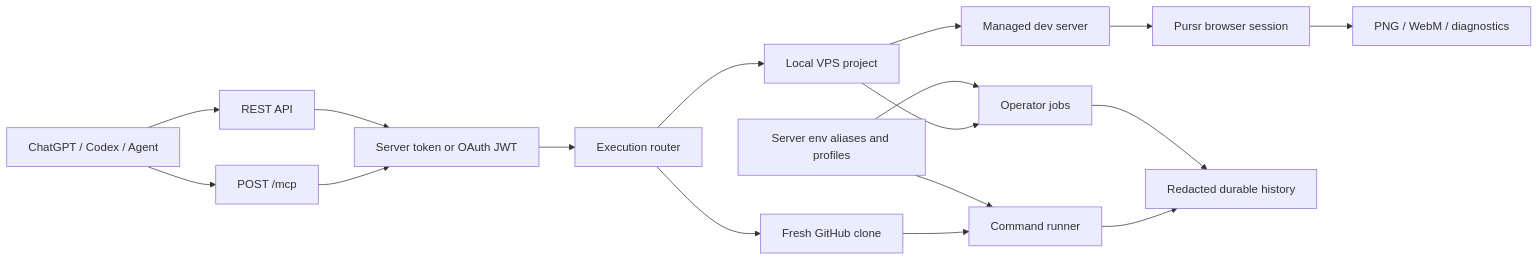
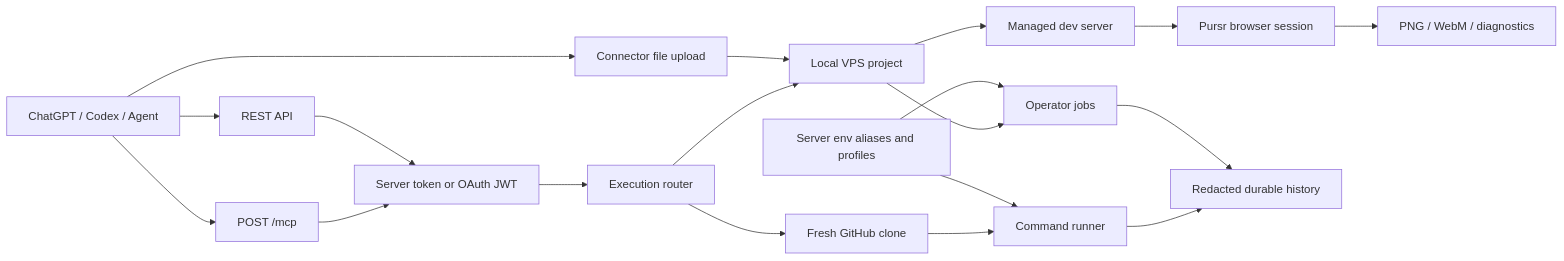
One commit to 0xheycat/Purr-Verify-MCP changed the diagram in README.md. Above: the diagram before and after it, drawn with Mermaid. The commit also changed other lines of this file and 7 other files, not shown here.

````diff
--- a/README.md
+++ b/README.md
@@ -48,19 +49,21 @@
 ```mermaid
 flowchart LR
   Agent[ChatGPT / Codex / Agent] --> MCP[POST /mcp]
   Agent --> REST[REST API]
   MCP --> Auth[Server token or OAuth JWT]
   REST --> Auth
   Auth --> Router[Execution router]
   Router --> Clone[Fresh GitHub clone]
   Router --> Local[Local VPS project]
   Clone --> Runner[Command runner]
   Local --> Operator[Operator jobs]
+  Agent --> Upload[Connector file upload]
+  Upload --> Local
   Local --> Work[Managed dev server]
   Work --> Pursr[Pursr browser session]
   Pursr --> Artifacts[PNG / WebM / diagnostics]
   Runner --> History[Redacted durable history]
   Operator --> History
   Profiles[Server env aliases and profiles] --> Runner
   Profiles --> Operator
 ```
````
